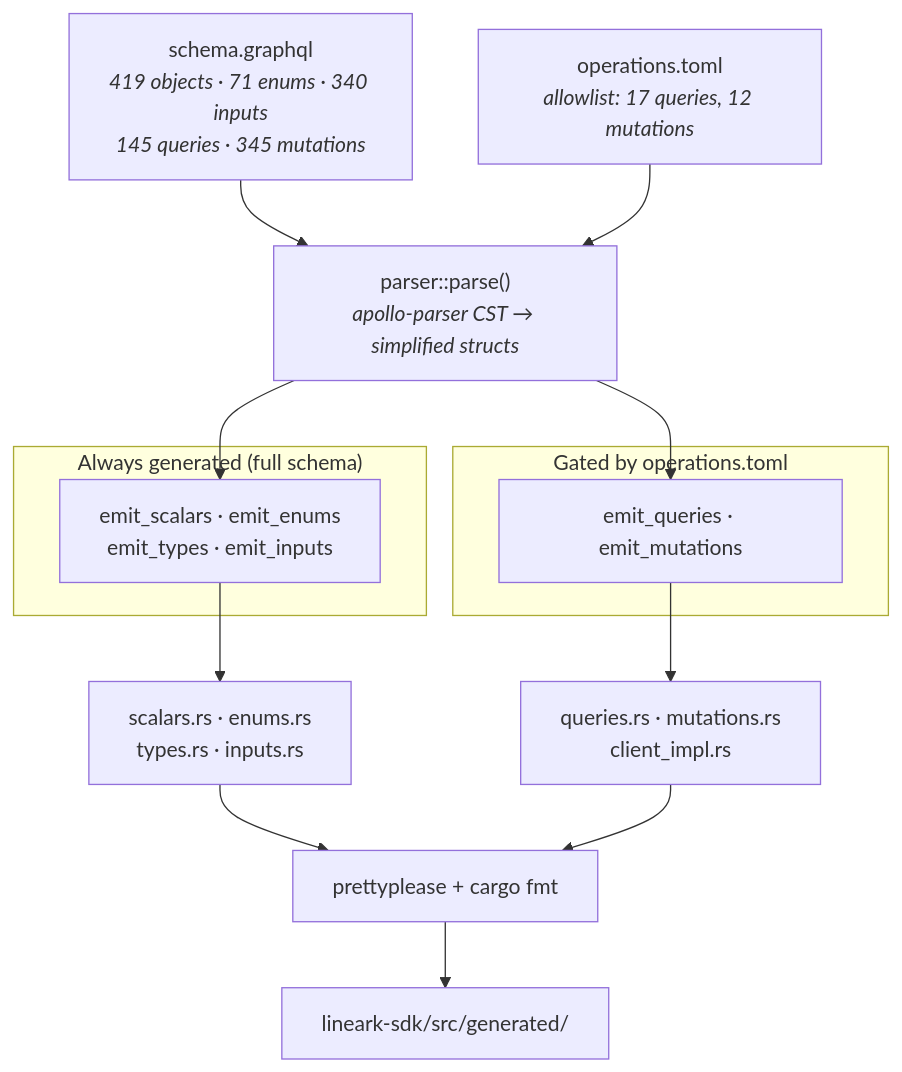
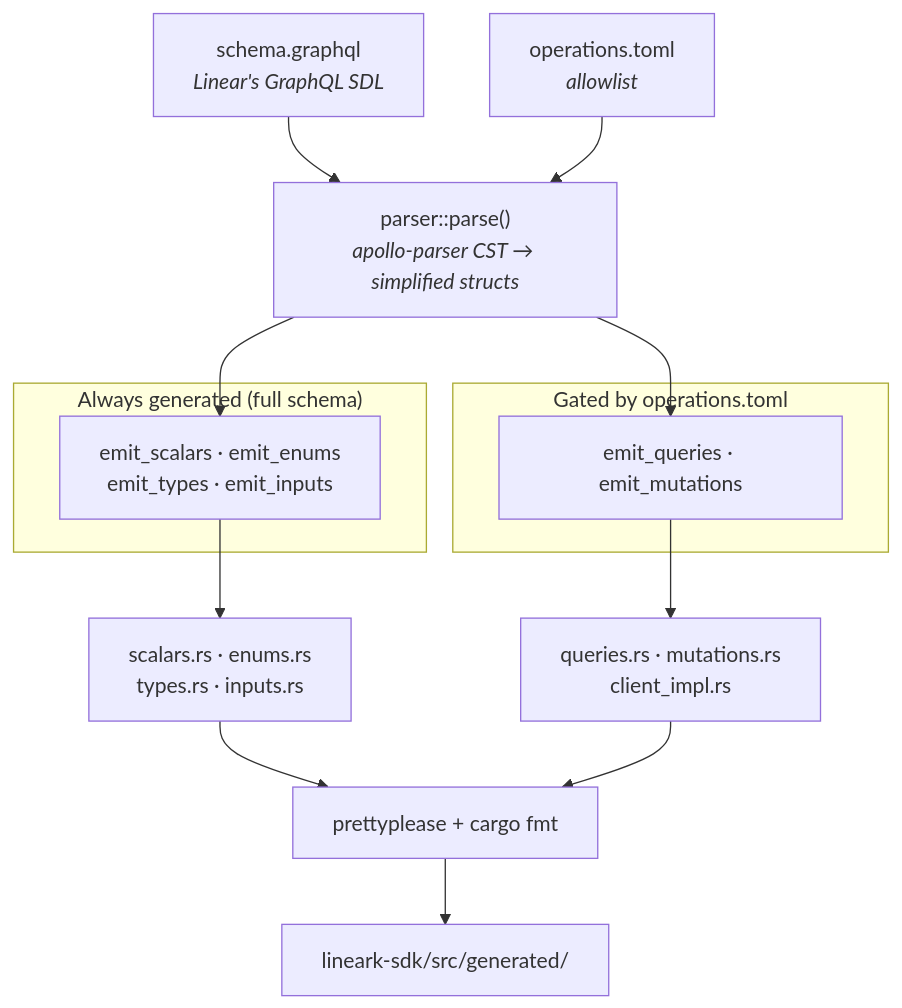
Before and after one commit to flipbit03/lineark: the second of 4 diagrams in README.md, drawn with Mermaid. The commit also changed other lines of this file and 21 other files, not shown here.

````diff
--- a/README.md
+++ b/README.md
@@ -171,23 +178,23 @@
 ```mermaid
 graph TD
-    SDL["schema.graphql<br/><i>419 objects · 71 enums · 340 inputs<br/>145 queries · 345 mutations</i>"]
-    TOML["operations.toml<br/><i>allowlist: 17 queries, 12 mutations</i>"]
+    SDL["schema.graphql<br/><i>Linear's GraphQL SDL</i>"]
+    TOML["operations.toml<br/><i>allowlist</i>"]
 
     SDL & TOML --> Parse["parser::parse()<br/><i>apollo-parser CST → simplified structs</i>"]
 
     Parse --> Always & Gated
 
     subgraph "Always generated (full schema)"
         Always["emit_scalars · emit_enums<br/>emit_types · emit_inputs"]
     end
 
     subgraph "Gated by operations.toml"
         Gated["emit_queries · emit_mutations"]
     end
 
     Always --> Out1["scalars.rs · enums.rs<br/>types.rs · inputs.rs"]
     Gated --> Out2["queries.rs · mutations.rs<br/>client_impl.rs"]
 
     Out1 & Out2 --> FMT["prettyplease + cargo fmt"]
     FMT --> Dir["lineark-sdk/src/generated/"]
 ```
````
